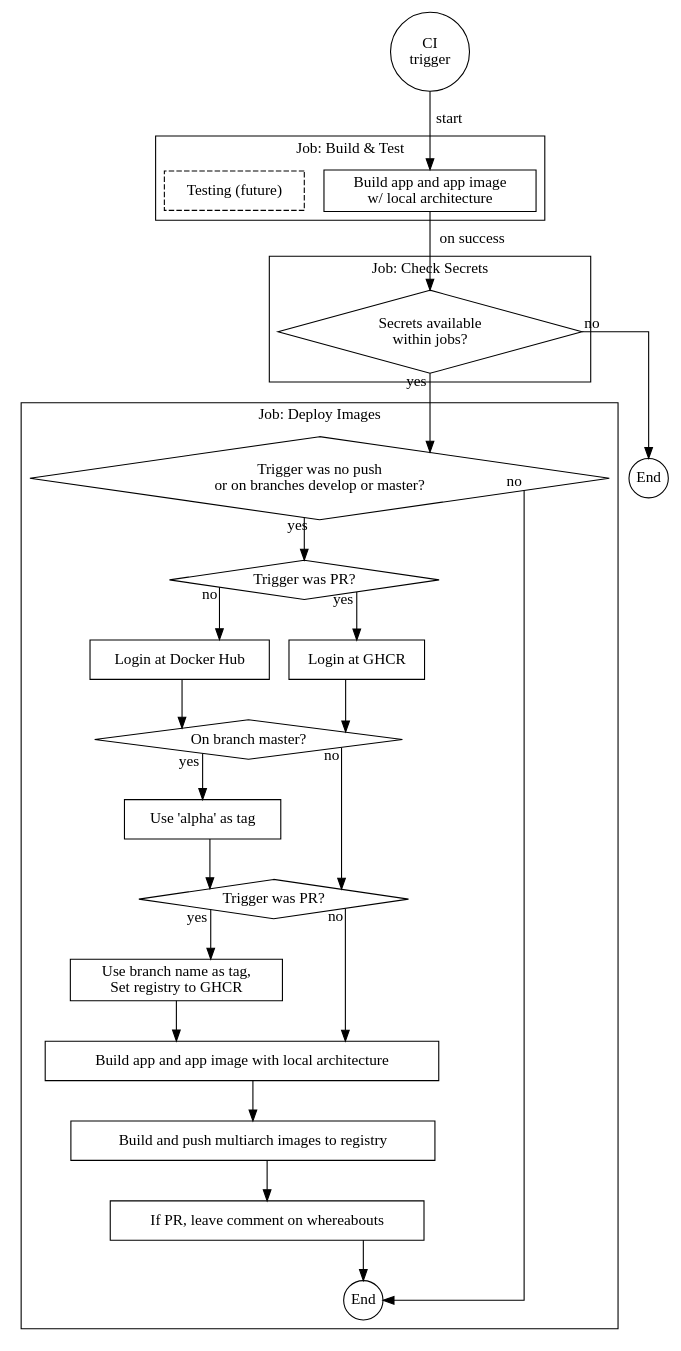
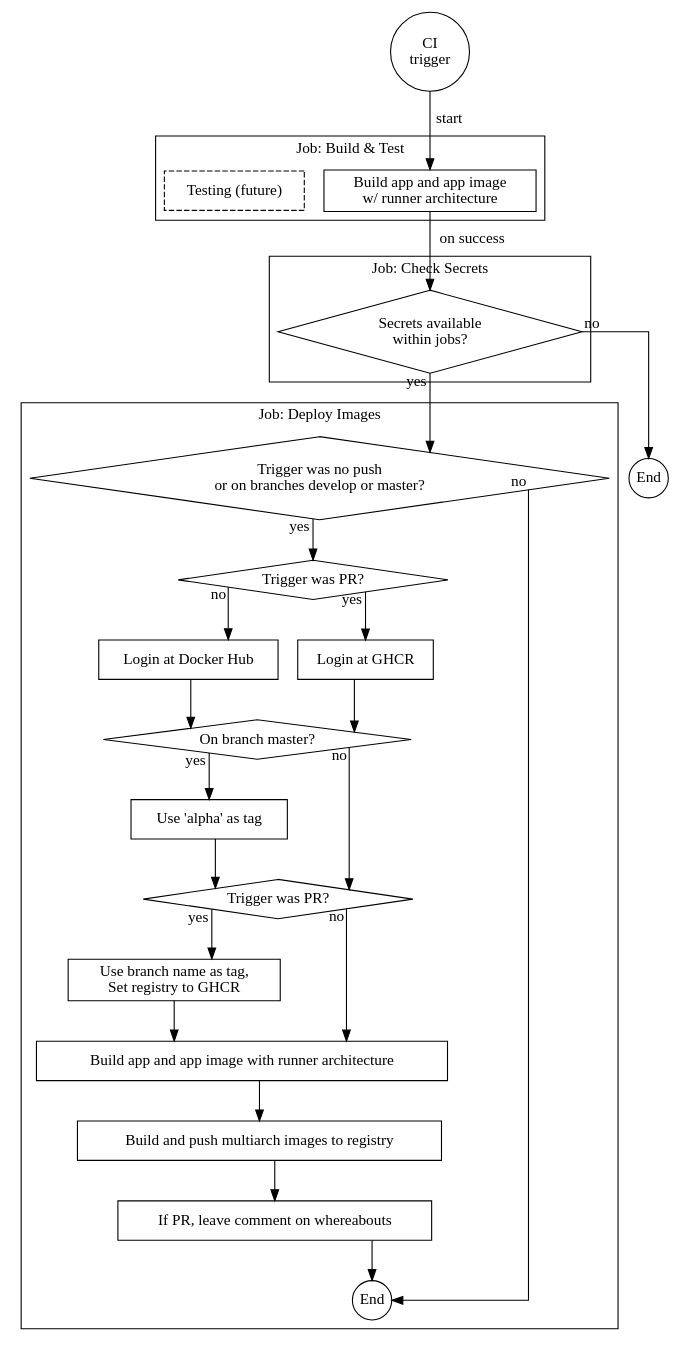
One commit to IQSS/dataverse changed the diagram in doc/sphinx-guides/source/container/auto-usage.rst. Above: the diagram before and after it, drawn with Graphviz.

Commit message:
doc(ct): rephrase local arch to runner arch as requested by @pdurbin

```diff
--- a/doc/sphinx-guides/source/container/auto-usage.rst
+++ b/doc/sphinx-guides/source/container/auto-usage.rst
@@ -39,71 +39,71 @@
 .. graphviz::
 
     digraph shipit {
         node [shape=rect]
         rankdir=TB
         splines=ortho
 
         trigger [label="CI\ntrigger", shape=circle, margin=0]
         trigger -> build [label="start"]
 
         subgraph build_test {
             cluster=true
             label="Job: Build & Test"
             rank=same
 
-            build [label="Build app and app image\nw/ local architecture"]
+            build [label="Build app and app image\nw/ runner architecture"]
             testing [label="Testing (future)", style="dashed"]
         }
 
         build -> secretsCheck [label="on success"]
 
         subgraph secrets {
             cluster=true
             label="Job: Check Secrets"
 
             secretsCheck [label="Secrets available\nwithin jobs?", shape=diamond]
         }
 
         secretsCheck -> decideSkip [taillabel="yes"]
         secretsCheck -> end1 [taillabel="no"]
         end1 [label="End", shape=circle, margin=0]
 
         subgraph deploy {
             cluster=true
             label="Job: Deploy Images"
 
             decideSkip [label="Trigger was no push\nor on branches develop or master?", shape=diamond]
             decideSkip -> decideHubLogin [taillabel="yes"]
             decideSkip -> end2 [taillabel="no"]
 
             decideHubLogin [label="Trigger was PR?", shape=diamond]
             hubLogin [label="Login at Docker Hub"]
             ghcrLogin [label="Login at GHCR"]
 
             decideHubLogin -> hubLogin [taillabel="no"]
             decideHubLogin -> ghcrLogin [taillabel="yes"]
             hubLogin -> decideMaster
             ghcrLogin -> decideMaster
 
             decideMaster [label="On branch master?", shape=diamond]
             setTagsMaster [label="Use 'alpha' as tag"]
             decidePR [label="Trigger was PR?", shape=diamond]
             setForPR [label="Use branch name as tag,\nSet registry to GHCR"]
 
             decideMaster -> setTagsMaster [taillabel="yes"]
             decideMaster -> decidePR [taillabel="no"]
             setTagsMaster -> decidePR
             decidePR -> setForPR [taillabel="yes"]
 
-            buildLocal [label="Build app and app image with local architecture"]
+            buildLocal [label="Build app and app image with runner architecture"]
             buildPush [label="Build and push multiarch images to registry"]
             comment [label="If PR, leave comment on whereabouts"]
             end2 [label="End", shape=circle, margin=0]
 
             setForPR -> buildLocal
             decidePR -> buildLocal [taillabel="no"]
             buildLocal -> buildPush
             buildPush -> comment
             comment -> end2
         }
     }
```
